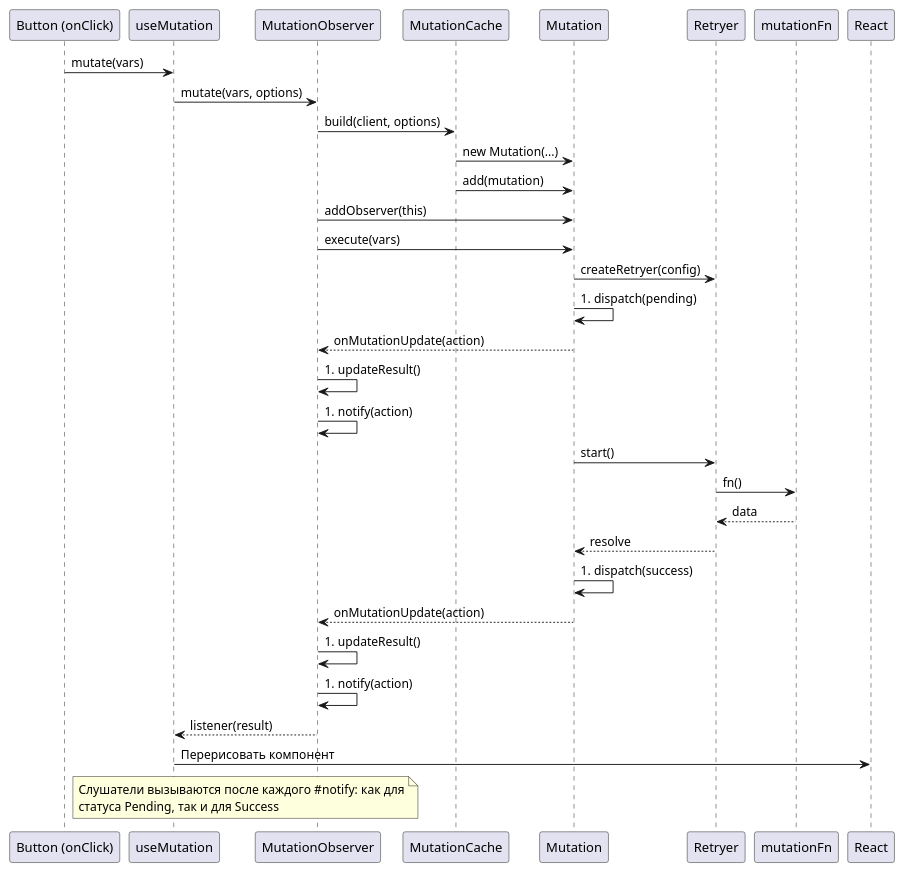
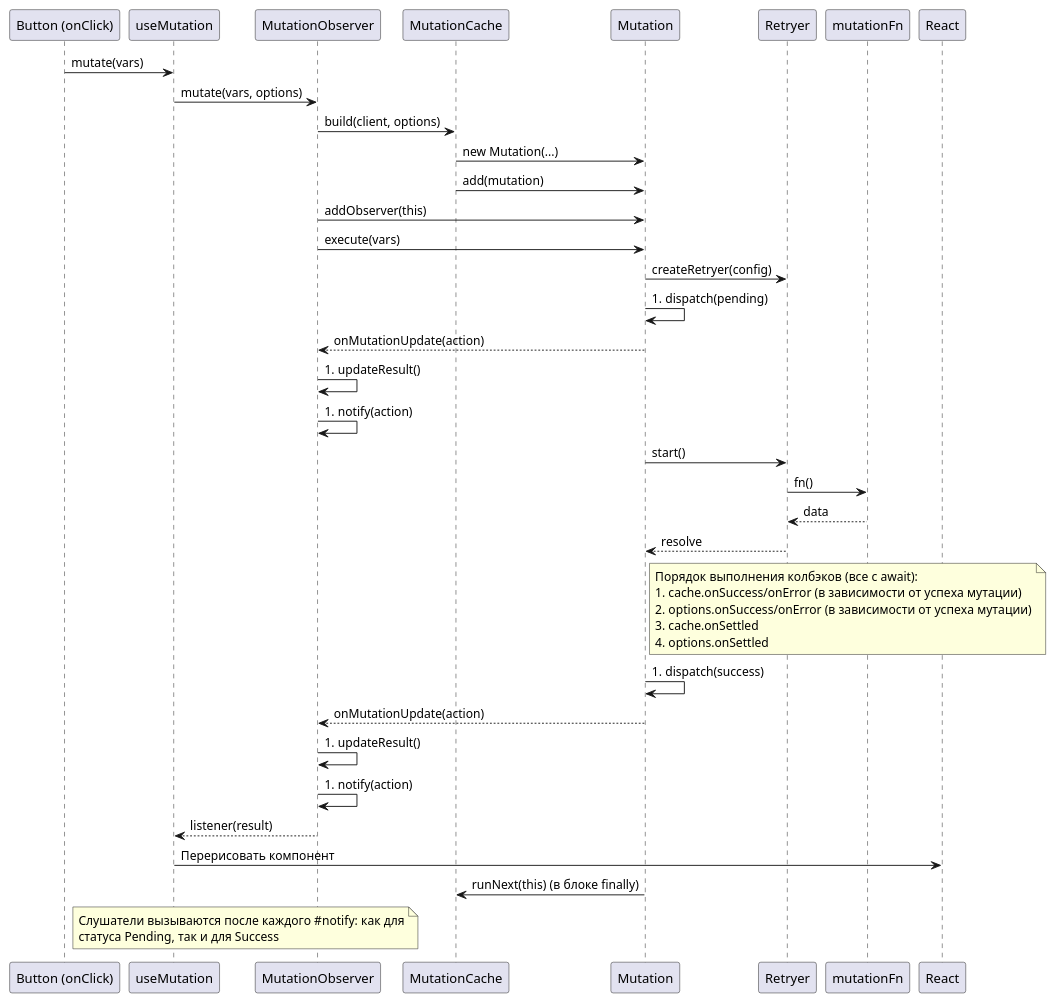
The diagram in pumlDiagrams/sequence.puml (anufrievalex2006/PPO-5), drawn with PlantUML before and after one commit. The commit also changed 1 other file, not shown here.

Commit message:
fixes in diagrams

```diff
--- a/pumlDiagrams/sequence.puml
+++ b/pumlDiagrams/sequence.puml
@@ -1,38 +1,46 @@
 @startuml Sequence
 participant "Button (onClick)" as btn
 participant useMutation as hook
 participant MutationObserver as observer
 participant MutationCache as cache
 participant Mutation as mut
 participant Retryer as retryer
 participant mutationFn as fn
 participant React as React
 
 btn -> hook: mutate(vars)
 hook -> observer: mutate(vars, options)
 observer -> cache: build(client, options)
 cache -> mut: new Mutation(...)
 cache -> mut: add(mutation)
 observer -> mut: addObserver(this)
 observer -> mut: execute(vars)
 mut -> retryer: createRetryer(config)
 mut -> mut: #dispatch(pending)
 mut --> observer: onMutationUpdate(action)
 observer -> observer: #updateResult()
 observer -> observer: #notify(action)
 mut -> retryer: start()
 retryer -> fn: fn()
 fn --> retryer: data
 retryer --> mut: resolve
+note right of mut
+    Порядок выполнения колбэков (все с await):
+    1. cache.onSuccess/onError (в зависимости от успеха мутации)
+    2. options.onSuccess/onError (в зависимости от успеха мутации)
+    3. cache.onSettled
+    4. options.onSettled
+end note
 mut -> mut: #dispatch(success)
 mut --> observer: onMutationUpdate(action)
 observer -> observer: #updateResult()
 observer -> observer: #notify(action)
 observer --> hook: listener(result)
 hook -> React: Перерисовать компонент
+mut -> cache: runNext(this) (в блоке finally)
 
 note over observer, hook
     Слушатели вызываются после каждого #notify: как для
     статуса Pending, так и для Success
 end note
 @enduml
```
